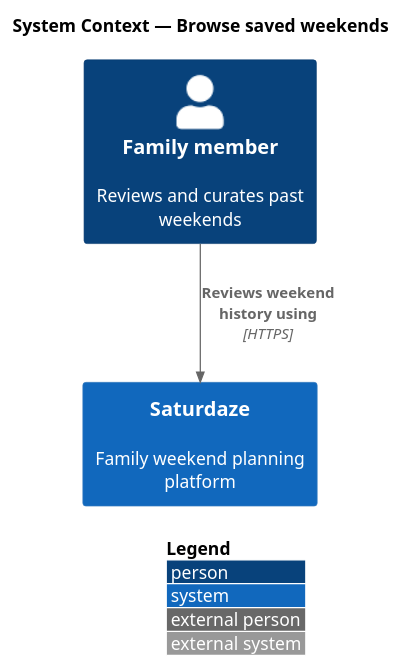
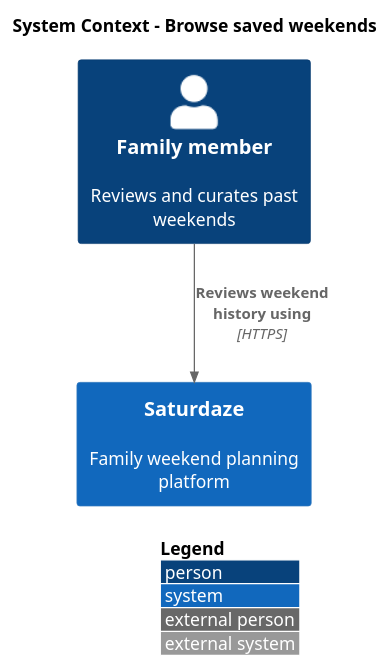
One commit to QuinntyneBrown/saturdaze changed the diagram in docs/detailed-designs/weekend-planning/browse-saved-weekends/diagrams/c4-context.puml. Above: the diagram before and after it, drawn with PlantUML. The commit also changed 289 other files, not shown here.

```diff
--- a/docs/detailed-designs/weekend-planning/browse-saved-weekends/diagrams/c4-context.puml
+++ b/docs/detailed-designs/weekend-planning/browse-saved-weekends/diagrams/c4-context.puml
@@ -1,9 +1,9 @@
 @startuml
 !include <C4/C4_Context>
 LAYOUT_WITH_LEGEND()
-title System Context — Browse saved weekends
+title System Context - Browse saved weekends
 
 Person(actor, "Family member", "Reviews and curates past weekends")
 System(saturdaze, "Saturdaze", "Family weekend planning platform")
 Rel(actor, saturdaze, "Reviews weekend history using", "HTTPS")
 @enduml
```
